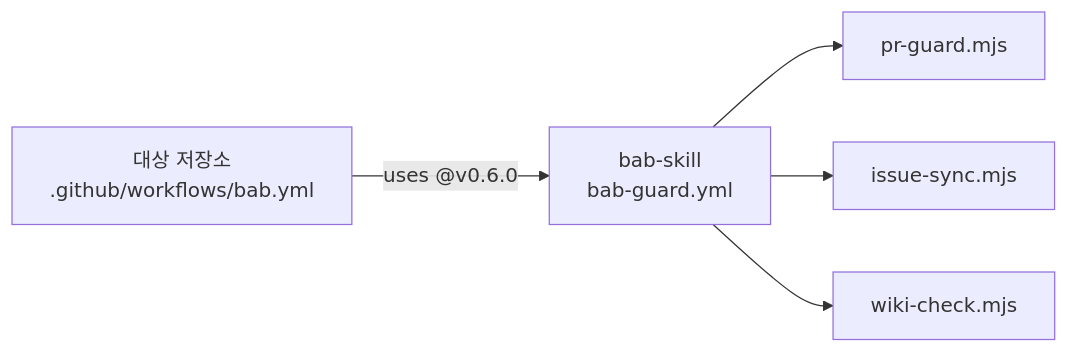
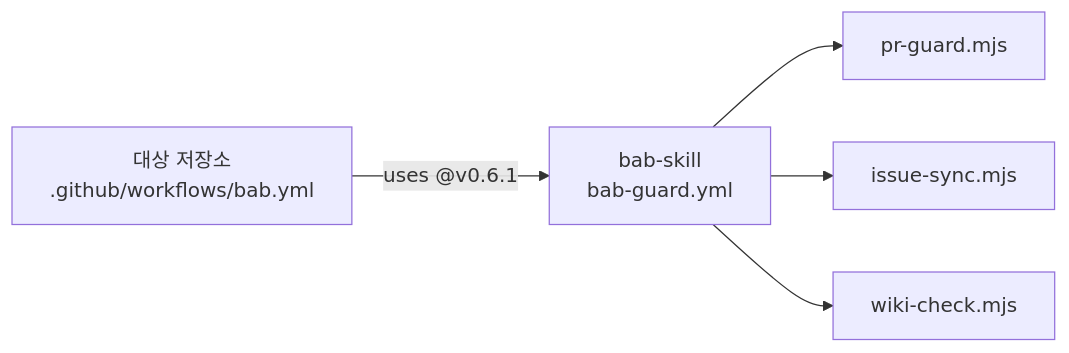
One commit to freevue/bab-skill changed the second of 4 diagrams in README.md. Above: the diagram before and after it, drawn with Mermaid. The commit also changed other lines of this file and 4 other files, not shown here.

````diff
--- a/README.md
+++ b/README.md
@@ -497,7 +497,7 @@
 ```mermaid
 flowchart LR
-  A[대상 저장소<br/>.github/workflows/bab.yml] -->|uses @v0.6.0| B[bab-skill<br/>bab-guard.yml]
+  A[대상 저장소<br/>.github/workflows/bab.yml] -->|uses @v0.6.1| B[bab-skill<br/>bab-guard.yml]
   B --> C[pr-guard.mjs]
   B --> D[issue-sync.mjs]
   B --> E[wiki-check.mjs]
 ```
````
